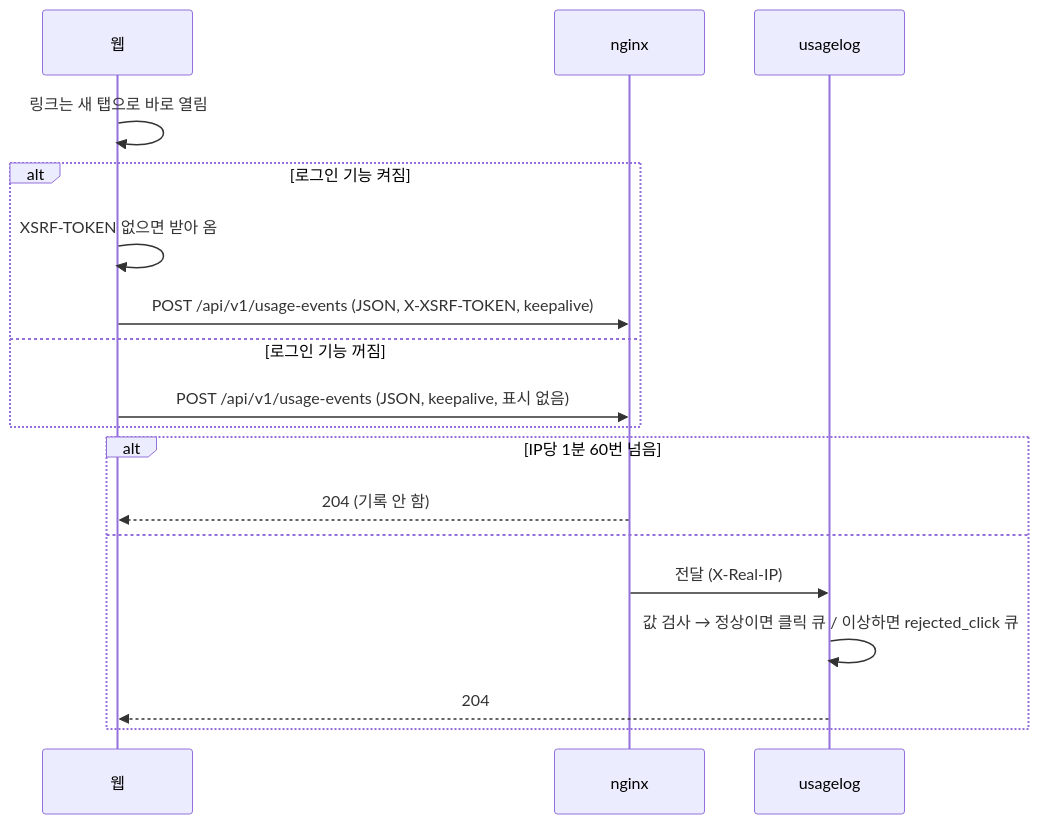
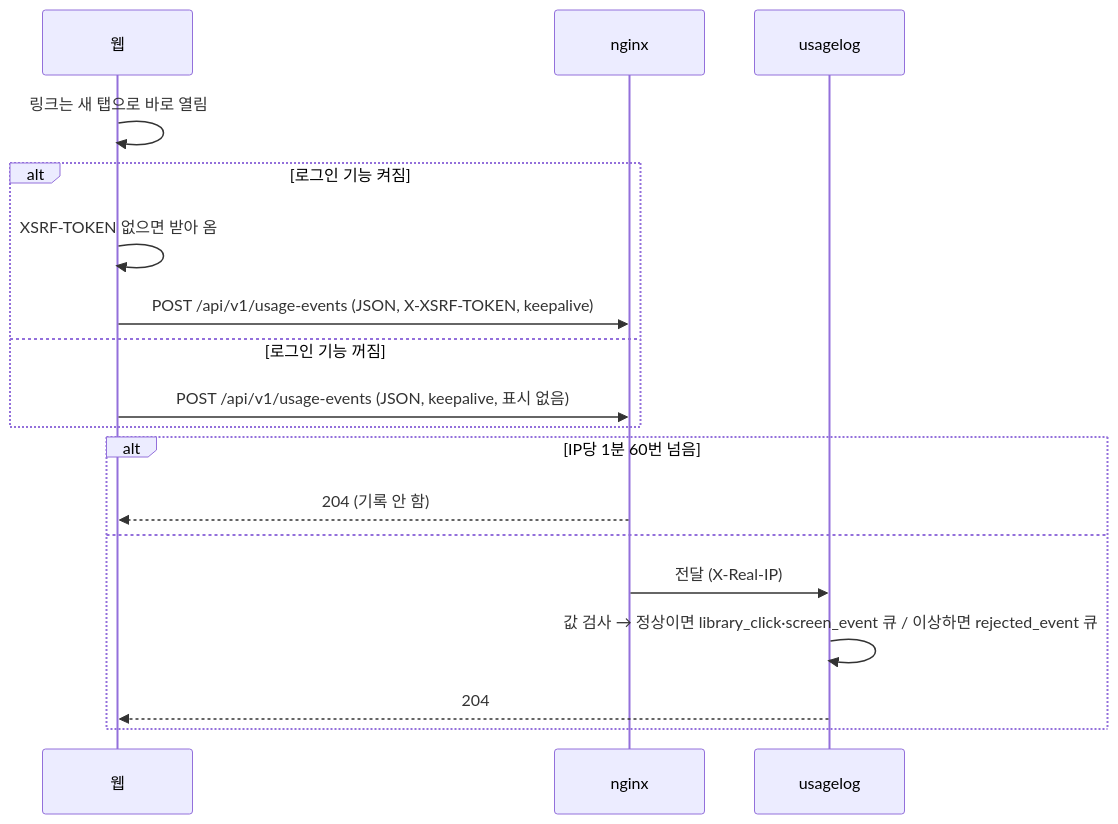
The fourth of 7 diagrams in docs/cycles/15-usage-log/design-delta.md (hodu-sketch/chaekcheck-plan), drawn with Mermaid before and after one commit. The commit also changed other lines of this file and 16 other files, not shown here.

````diff
--- a/docs/cycles/15-usage-log/design-delta.md
+++ b/docs/cycles/15-usage-log/design-delta.md
@@ -76,20 +67,20 @@
 ```mermaid
 sequenceDiagram
   participant W as 웹
   participant N as nginx
   participant U as usagelog
   W->>W: 링크는 새 탭으로 바로 열림
   alt 로그인 기능 켜짐
     W->>W: XSRF-TOKEN 없으면 받아 옴
     W->>N: POST /api/v1/usage-events (JSON, X-XSRF-TOKEN, keepalive)
   else 로그인 기능 꺼짐
     W->>N: POST /api/v1/usage-events (JSON, keepalive, 표시 없음)
   end
   alt IP당 1분 60번 넘음
     N-->>W: 204 (기록 안 함)
   else
     N->>U: 전달 (X-Real-IP)
-    U->>U: 값 검사 → 정상이면 클릭 큐 / 이상하면 rejected_click 큐
+    U->>U: 값 검사 → 정상이면 library_click·screen_event 큐 / 이상하면 rejected_event 큐
     U-->>W: 204
   end
 ```
````
